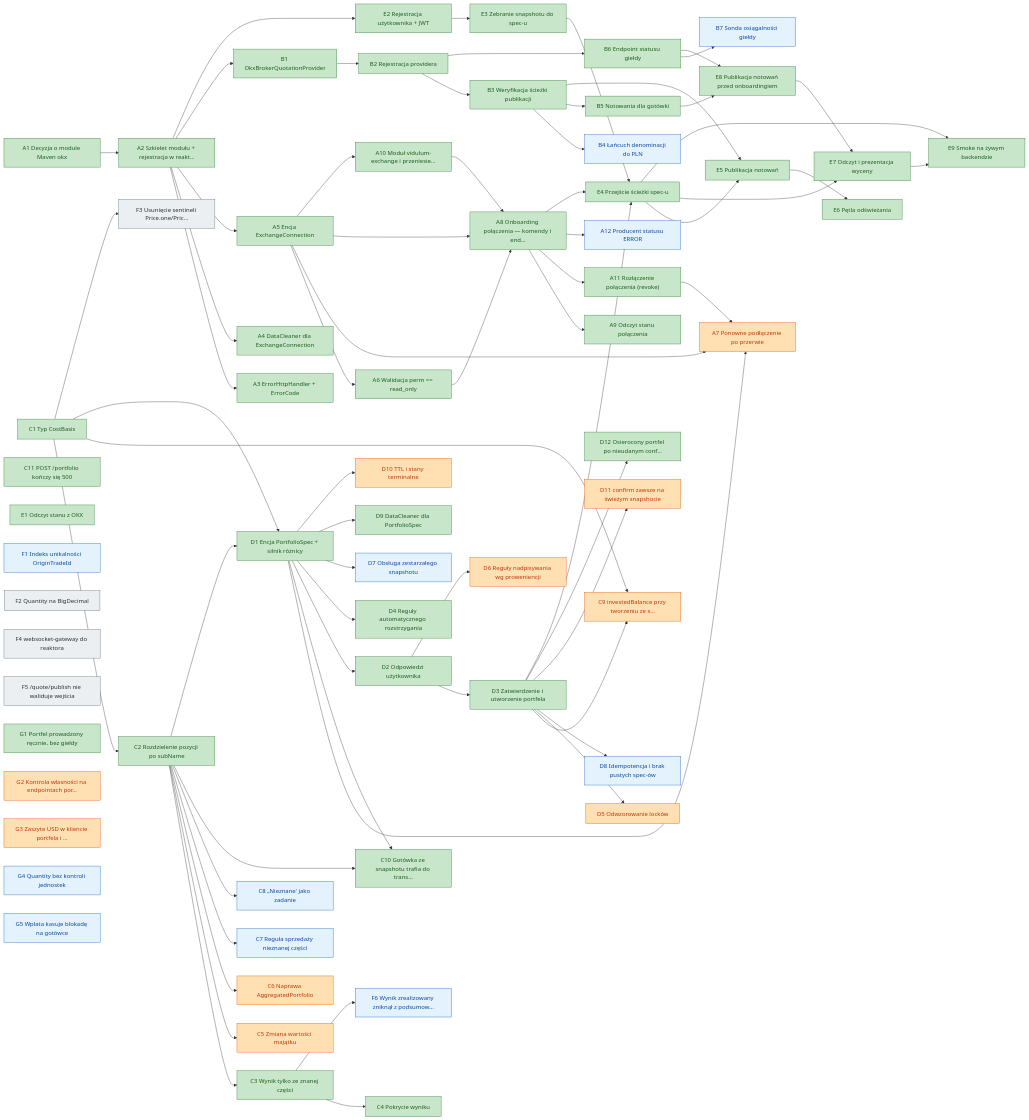
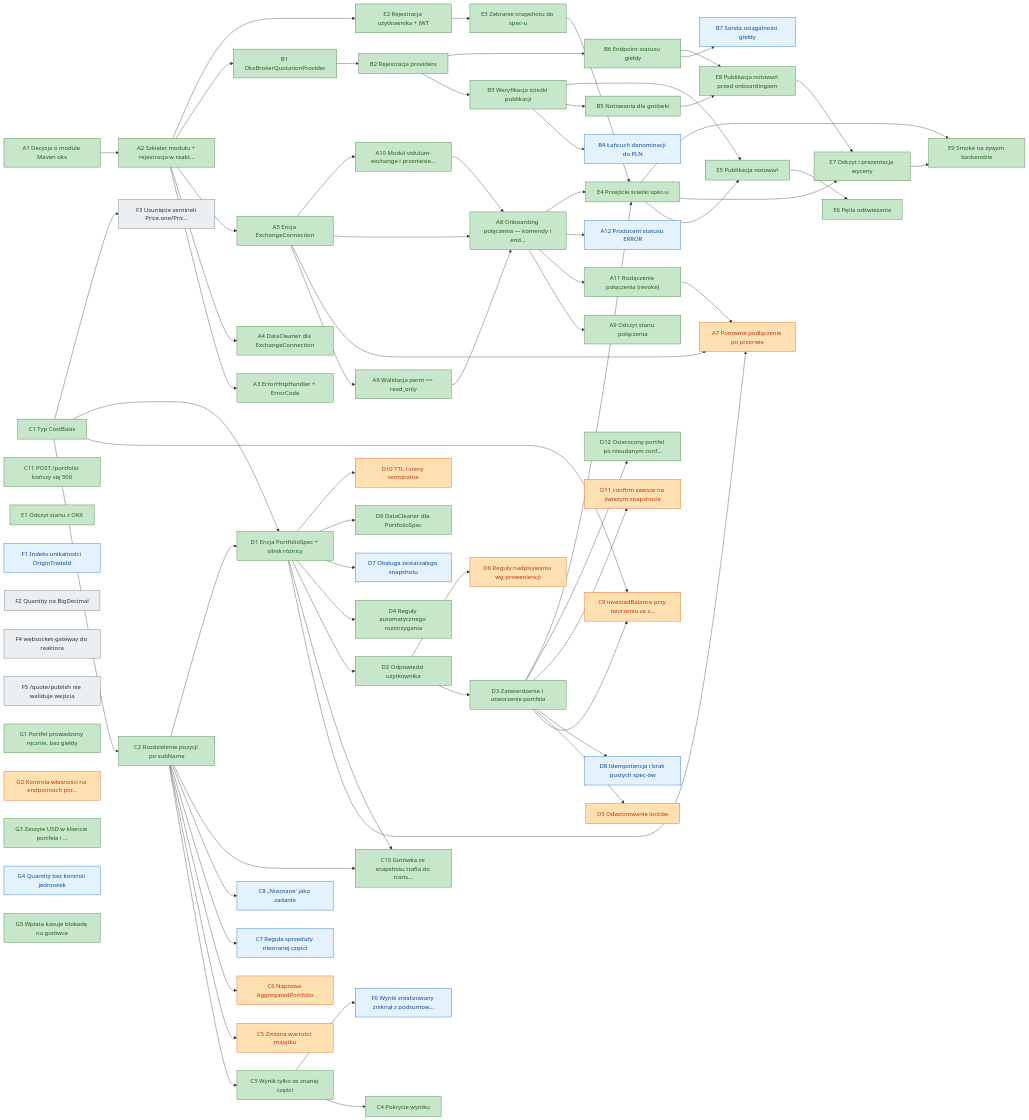
The diagram in docs/features-backlog/2026-09-18-okx-tasks.md (lu92/vidulum), drawn with Mermaid before and after one commit. The commit also changed other lines of this file and 10 other files, not shown here.

```diff
--- a/docs/features-backlog/2026-09-18-okx-tasks.md
+++ b/docs/features-backlog/2026-09-18-okx-tasks.md
@@ -238,9 +236,9 @@
     F6["F6 Wynik zrealizowany zniknął z podsumow…"]:::p2
     G1["G1 Portfel prowadzony ręcznie, bez giełdy"]:::done
     G2["G2 Kontrola własności na endpointach por…"]:::p1
-    G3["G3 Zaszyte USD w kliencie portfela i …"]:::p1
+    G3["G3 Zaszyte USD w kliencie portfela i …"]:::done
     G4["G4 Quantity bez kontroli jednostek"]:::p2
-    G5["G5 Wpłata kasuje blokadę na gotówce"]:::p2
+    G5["G5 Wpłata kasuje blokadę na gotówce"]:::done
 
     A1 --> A2
     A2 --> A3
```
